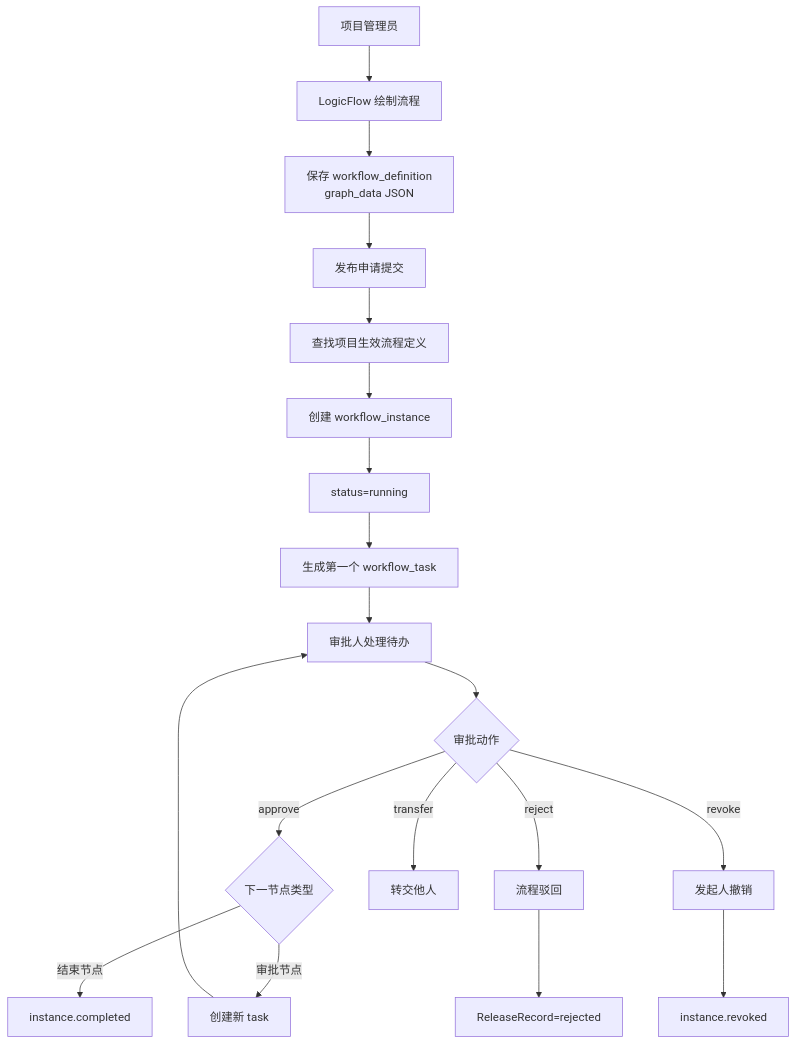
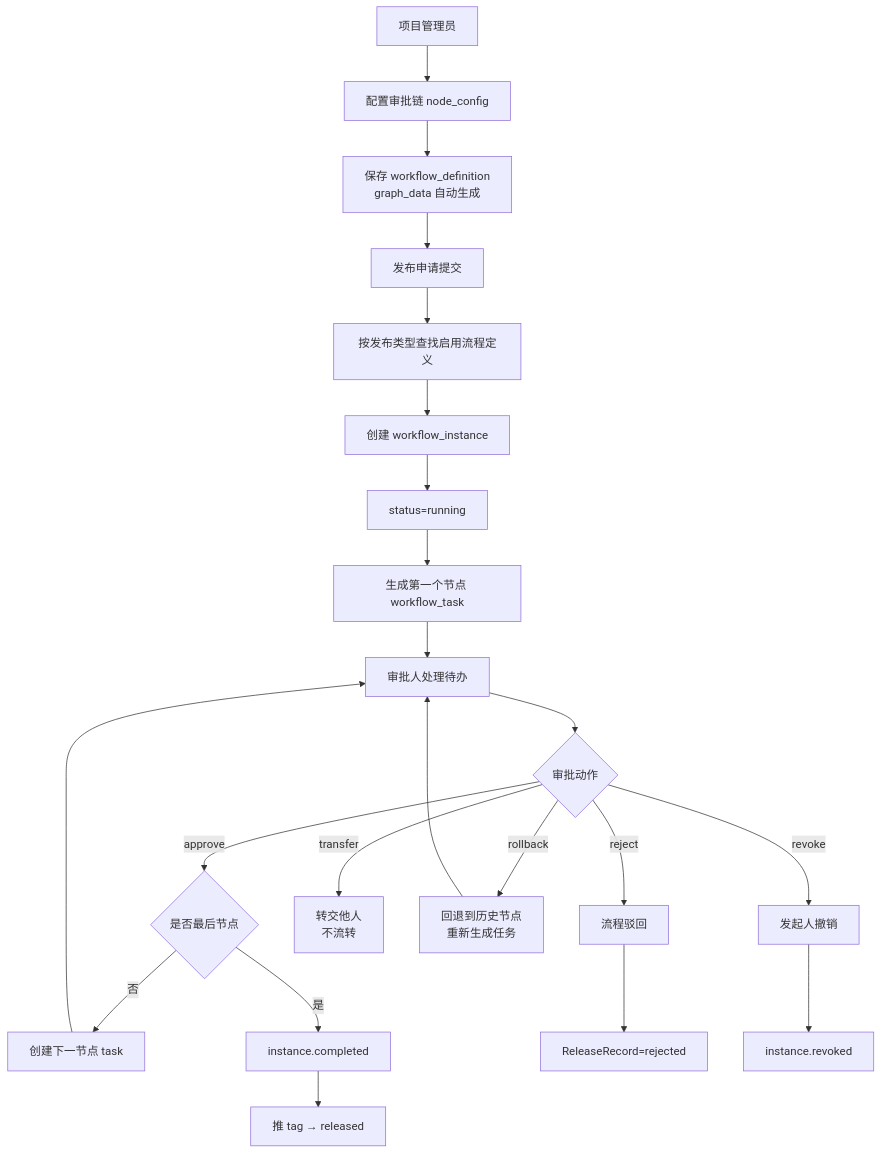
Before and after one commit to qingxiaoyuan/trace-ship: the eighth of 17 diagrams in docs/business-process-analysis.md, drawn with Mermaid. The commit also changed other lines of this file and 8 other files, not shown here.

````diff
--- a/docs/business-process-analysis.md
+++ b/docs/business-process-analysis.md
@@ -253,21 +298,24 @@
 ```mermaid
 flowchart TD
-    A[项目管理员] --> B[LogicFlow 绘制流程]
-    B --> C[保存 workflow_definition<br/>graph_data JSON]
+    A[项目管理员] --> B[配置审批链 node_config]
+    B --> C[保存 workflow_definition<br/>graph_data 自动生成]
     C --> D[发布申请提交]
-    D --> E[查找项目生效流程定义]
+    D --> E[按发布类型查找启用流程定义]
     E --> F[创建 workflow_instance]
     F --> G[status=running]
-    G --> H[生成第一个 workflow_task]
+    G --> H[生成第一个节点 workflow_task]
     H --> I[审批人处理待办]
     I --> J{审批动作}
-    J -->|approve| K{下一节点类型}
+    J -->|approve| K{是否最后节点}
     J -->|reject| L[流程驳回]
-    J -->|transfer| M[转交他人]
+    J -->|transfer| M[转交他人<br/>不流转]
+    J -->|rollback| RB[回退到历史节点<br/>重新生成任务]
     J -->|revoke| N[发起人撤销]
-    K -->|审批节点| O[创建新 task]
-    K -->|结束节点| P[instance.completed]
+    K -->|否| O[创建下一节点 task]
+    K -->|是| P[instance.completed]
     O --> I
+    RB --> I
     L --> Q[ReleaseRecord=rejected]
+    P --> S[推 tag → released]
     N --> R[instance.revoked]
 ```
````
